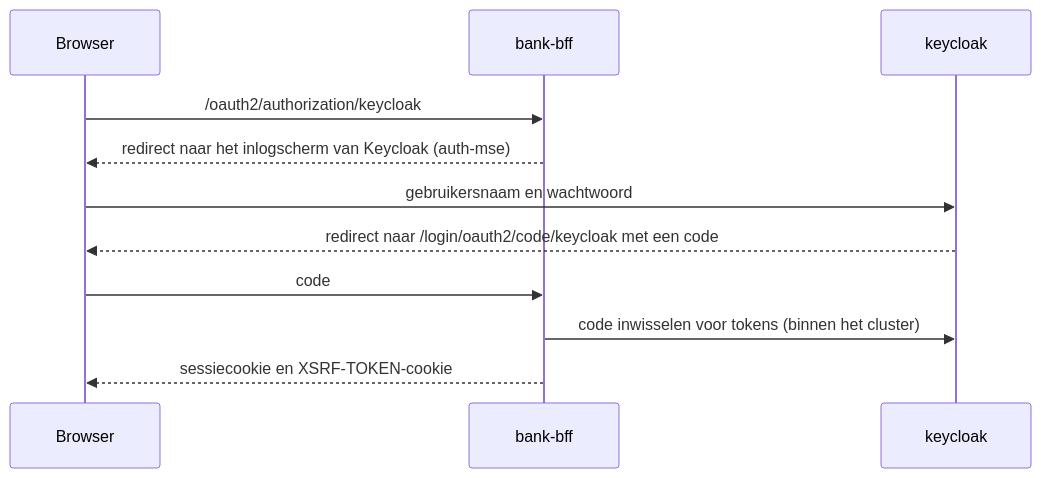
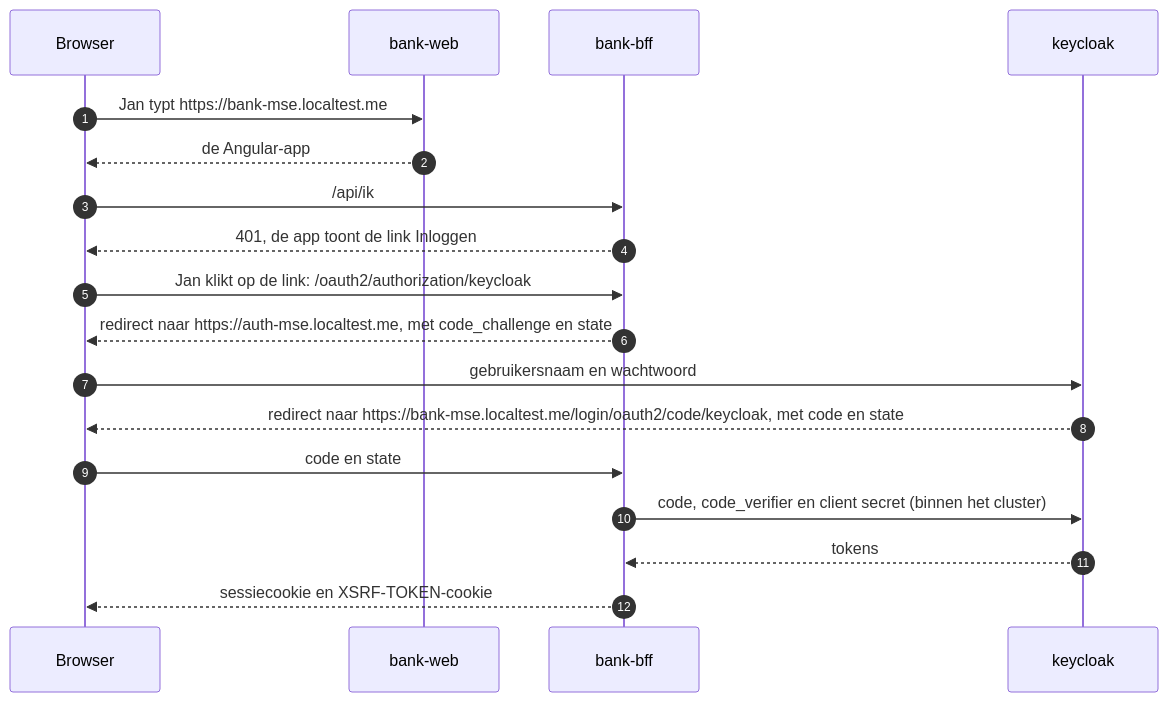
The third of 5 diagrams in doc/story-door-de-stack.md (edwinbulter/banksim-mse), drawn with Mermaid before and after one commit. The commit also changed other lines of this file, not shown here.

````diff
--- a/doc/story-door-de-stack.md
+++ b/doc/story-door-de-stack.md
@@ -132,14 +132,21 @@
 ```mermaid
 sequenceDiagram
+  autonumber
   participant B as Browser
+  participant W as bank-web
   participant BFF as bank-bff
   participant KC as keycloak
 
-  B->>BFF: /oauth2/authorization/keycloak
-  BFF-->>B: redirect naar het inlogscherm van Keycloak (auth-mse)
+  B->>W: Jan typt https://bank-mse.localtest.me
+  W-->>B: de Angular-app
+  B->>BFF: /api/ik
+  BFF-->>B: 401, de app toont de link Inloggen
+  B->>BFF: Jan klikt op de link: /oauth2/authorization/keycloak
+  BFF-->>B: redirect naar https://auth-mse.localtest.me, met code_challenge en state
   B->>KC: gebruikersnaam en wachtwoord
-  KC-->>B: redirect naar /login/oauth2/code/keycloak met een code
-  B->>BFF: code
-  BFF->>KC: code inwisselen voor tokens (binnen het cluster)
+  KC-->>B: redirect naar https://bank-mse.localtest.me/login/oauth2/code/keycloak, met code en state
+  B->>BFF: code en state
+  BFF->>KC: code, code_verifier en client secret (binnen het cluster)
+  KC-->>BFF: tokens
   BFF-->>B: sessiecookie en XSRF-TOKEN-cookie
 ```
````
